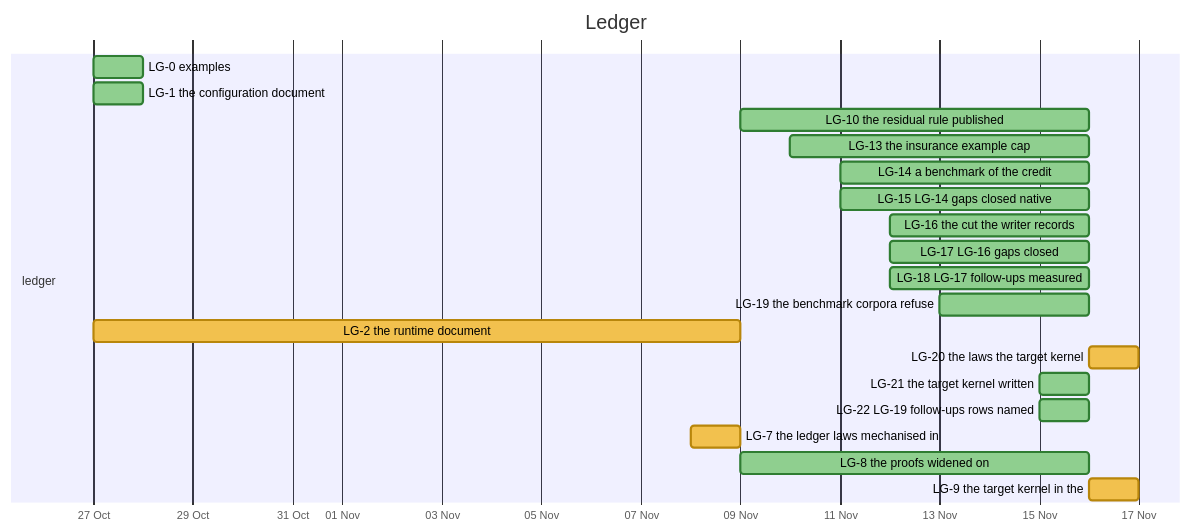
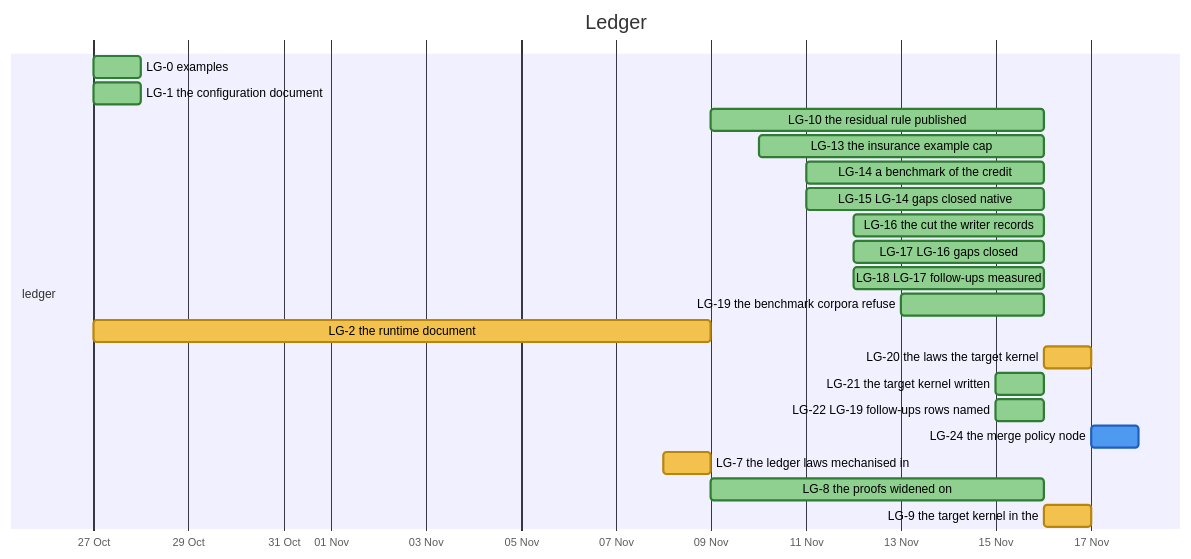
The tenth of 31 diagrams in docs/developer/ROADMAP.md (nebularis/lattice), drawn with Mermaid before and after one commit. The commit also changed other lines of this file and 3 other files, not shown here.

````diff
--- a/docs/developer/ROADMAP.md
+++ b/docs/developer/ROADMAP.md
@@ -334,25 +334,26 @@
 ```mermaid
 %%{init: {"themeVariables": {"taskBkgColor": "#f2c14e", "taskBorderColor": "#b8860b", "taskTextColor": "#000000", "activeTaskBkgColor": "#4e9af1", "activeTaskBorderColor": "#1f5fbf", "activeTaskBorderColor": "#1f5fbf", "doneTaskBkgColor": "#8fcf8f", "doneTaskBorderColor": "#2f7d32", "critBkgColor": "#f28b82", "critBorderColor": "#b23a30", "taskTextDarkColor": "#000000", "taskTextLightColor": "#000000"}}}%%
 gantt
     title Ledger
     dateFormat YYYY-MM-DD
     axisFormat %d %b
     section ledger
     LG-0 examples :done, lg0, 2026-10-27, 2026-10-28
     LG-1 the configuration document :done, lg1, 2026-10-27, 2026-10-28
     LG-10 the residual rule published :done, lg10, 2026-11-09, 2026-11-16
     LG-13 the insurance example cap :done, lg13, 2026-11-10, 2026-11-16
     LG-14 a benchmark of the credit :done, lg14, 2026-11-11, 2026-11-16
     LG-15 LG-14 gaps closed native :done, lg15, 2026-11-11, 2026-11-16
     LG-16 the cut the writer records :done, lg16, 2026-11-12, 2026-11-16
     LG-17 LG-16 gaps closed :done, lg17, 2026-11-12, 2026-11-16
     LG-18 LG-17 follow-ups measured :done, lg18, 2026-11-12, 2026-11-16
     LG-19 the benchmark corpora refuse :done, lg19, 2026-11-13, 2026-11-16
     LG-2 the runtime document :lg2, 2026-10-27, 2026-11-09
     LG-20 the laws the target kernel :lg20, 2026-11-16, 2026-11-17
     LG-21 the target kernel written :done, lg21, 2026-11-15, 2026-11-16
     LG-22 LG-19 follow-ups rows named :done, lg22, 2026-11-15, 2026-11-16
+    LG-24 the merge policy node :active, lg24, 2026-11-17, 2026-11-18
     LG-7 the ledger laws mechanised in :lg7, 2026-11-08, 2026-11-09
     LG-8 the proofs widened on :done, lg8, 2026-11-09, 2026-11-16
     LG-9 the target kernel in the :lg9, 2026-11-16, 2026-11-17
 ```
````
